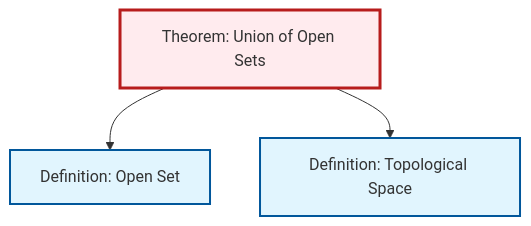
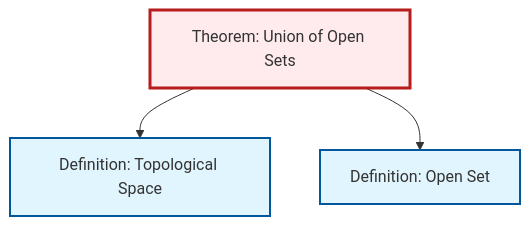
The diagram in content/en/topology/thm-union-open-sets.qmd (RK0429/ModernMath), drawn with Mermaid before and after one commit. The commit also changed other lines of this file and 597 other files, not shown here.

````diff
--- a/content/en/topology/thm-union-open-sets.qmd
+++ b/content/en/topology/thm-union-open-sets.qmd
@@ -60,17 +60,17 @@
 ```{mermaid}
 %%| fig-cap: "Local dependency graph"
 graph TD
     classDef definition fill:#e1f5fe,stroke:#01579b,stroke-width:2px
     classDef theorem fill:#f3e5f5,stroke:#4a148c,stroke-width:2px
     classDef axiom fill:#fff3e0,stroke:#e65100,stroke-width:2px
     classDef example fill:#e8f5e9,stroke:#1b5e20,stroke-width:2px
     classDef current fill:#ffebee,stroke:#b71c1c,stroke-width:3px
+    def-open-set["Definition: Open Set"]:::definition
     def-topological-space["Definition: Topological Space"]:::definition
-    def-open-set["Definition: Open Set"]:::definition
     thm-union-open-sets["Theorem: Union of Open Sets"]:::theorem
+    thm-union-open-sets --> def-topological-space
     thm-union-open-sets --> def-open-set
-    thm-union-open-sets --> def-topological-space
     class thm-union-open-sets current
+    click def-open-set "def-open-set.html" "Go to Open Set definition"
     click def-topological-space "def-topological-space.html" "Go to Topological Space definition"
-    click def-open-set "def-open-set.html" "Go to Open Set definition"
 ```
````
